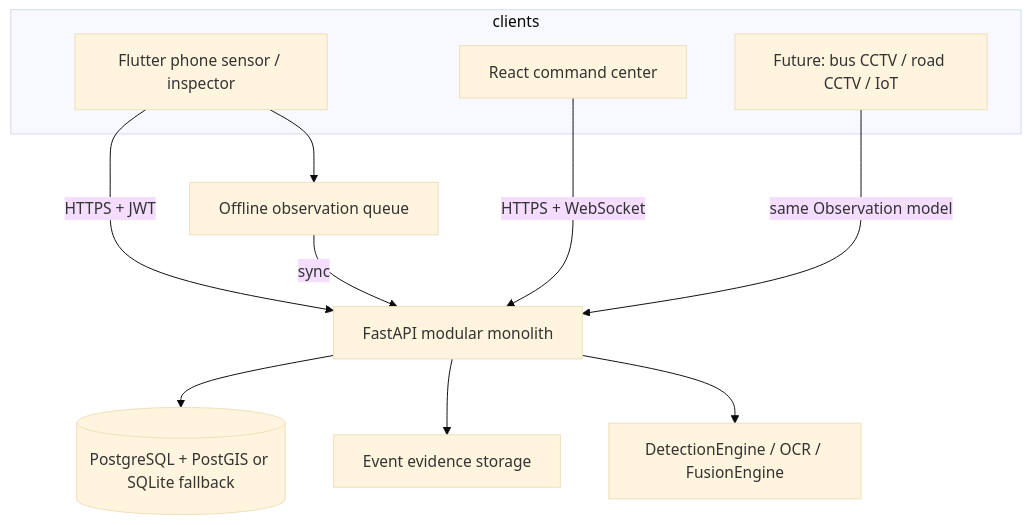
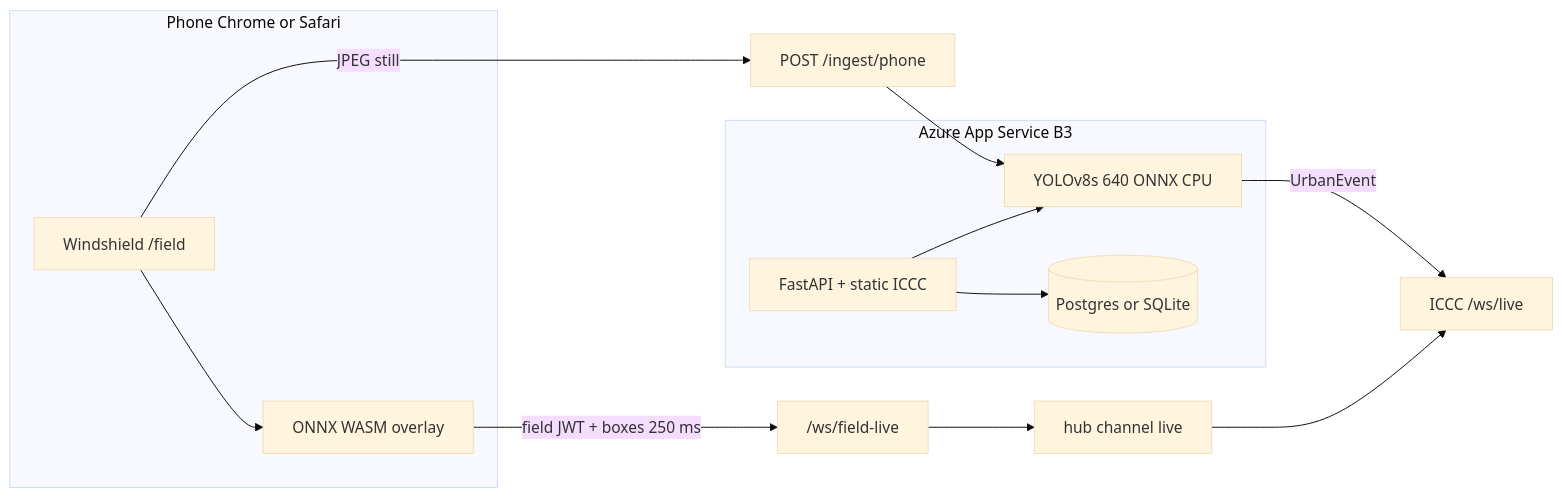
One commit to MasterJi27/urbansense-iccc-ps26124 changed the diagram in README.md. Above: the diagram before and after it, drawn with Mermaid (base theme). The commit also changed other lines of this file, not shown here.

Commit message:
Rewrite the README to match live SadakSaarthi ICCC and /field.

````diff
--- a/README.md
+++ b/README.md
@@ -22,16 +57,21 @@
 ```mermaid
-flowchart TB
-  subgraph clients
-    PHONE[Flutter phone sensor / inspector]
-    WEB[React command center]
-    FUTURE[Future: bus CCTV / road CCTV / IoT]
+flowchart LR
+  subgraph phone [Phone Chrome or Safari]
+    LENS[Windshield /field]
+    WASM[ONNX WASM overlay]
+    LENS --> WASM
   end
-  PHONE -->|HTTPS + JWT| API[FastAPI modular monolith]
-  WEB -->|HTTPS + WebSocket| API
-  FUTURE -->|same Observation model| API
-  API --> PG[(PostgreSQL + PostGIS or SQLite fallback)]
-  API --> FILES[Event evidence storage]
-  API --> AI[DetectionEngine / OCR / FusionEngine]
-  PHONE --> Q[Offline observation queue]
-  Q -->|sync| API
+  subgraph azure [Azure App Service B3]
+    API[FastAPI + static ICCC]
+    CPU[YOLOv8s 640 ONNX CPU]
+    PG[(Postgres or SQLite)]
+    API --> CPU
+    API --> PG
+  end
+  WASM -->|field JWT + boxes 250 ms| LIVE["/ws/field-live"]
+  LIVE --> HUB[hub channel live]
+  HUB --> DESK["ICCC /ws/live"]
+  LENS -->|JPEG still| STILL["POST /ingest/phone"]
+  STILL --> CPU
+  CPU -->|UrbanEvent| DESK
 ```
````
